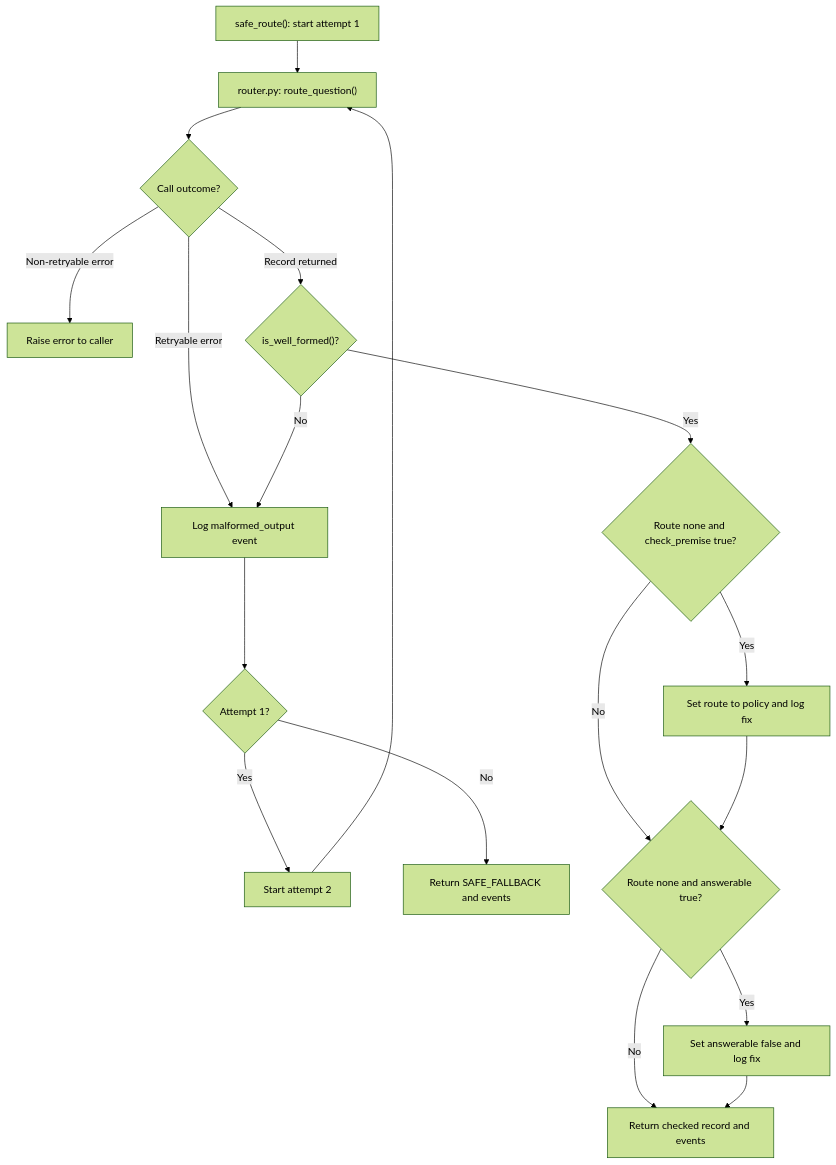
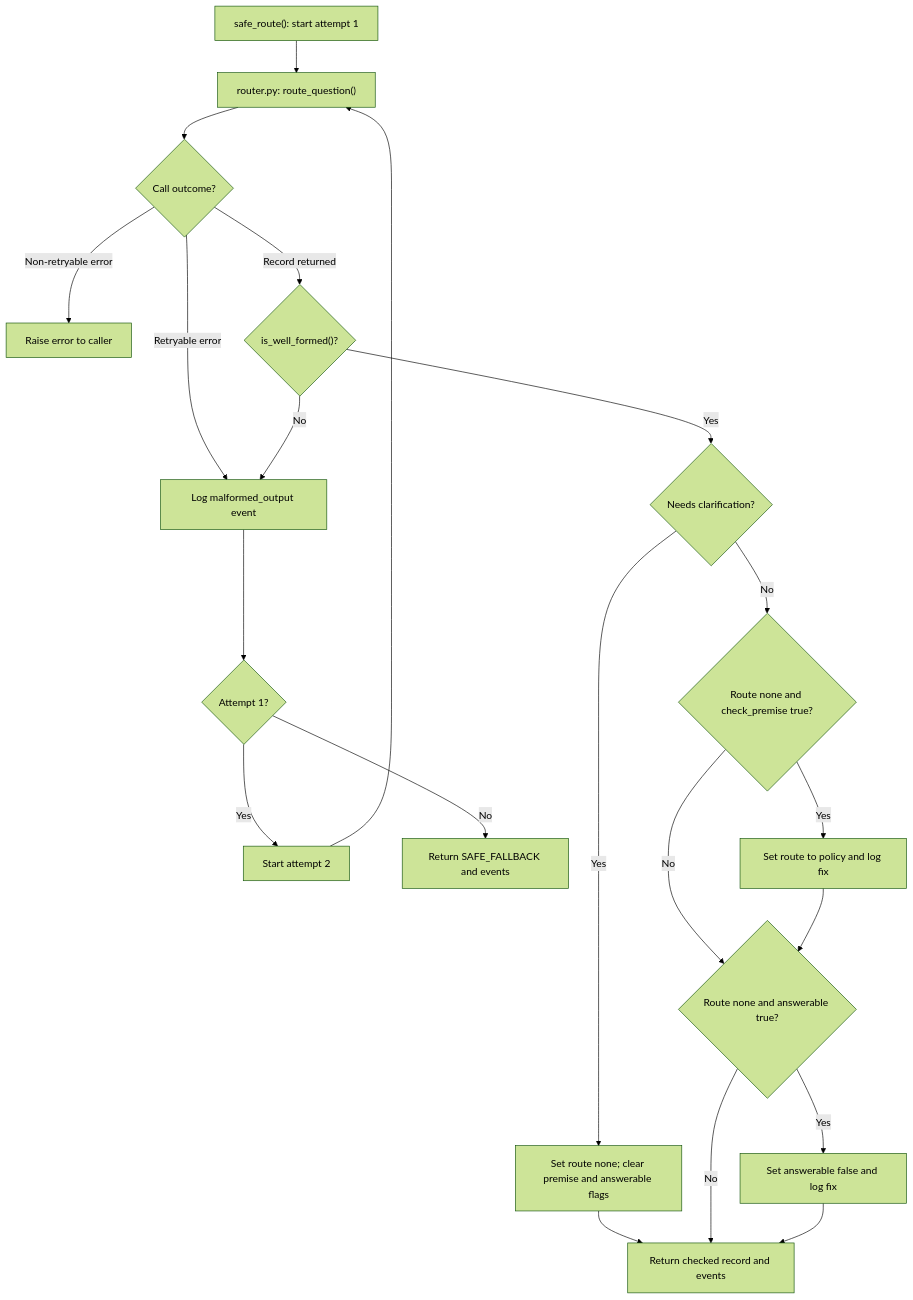
One commit to edwardbyl00/Gen-AI-and-LLM-Project changed the second of 6 diagrams in Docs/supervisor_guide.md. Above: the diagram before and after it, drawn with Mermaid (forest theme). The commit also changed other lines of this file and 61 other files, not shown here.

````diff
--- a/Docs/supervisor_guide.md
+++ b/Docs/supervisor_guide.md
@@ -53,20 +57,23 @@
 ```mermaid
 flowchart TD
     START["safe_route(): start attempt 1"] --> CALL["router.py: route_question()"]
     CALL --> RESULT{Call outcome?}
     RESULT -->|Non-retryable error| ERR[Raise error to caller]
     RESULT -->|Retryable error| LOG[Log malformed_output event]
     RESULT -->|Record returned| VALID{"is_well_formed()?"}
     VALID -->|No| LOG
     LOG --> RETRY{Attempt 1?}
     RETRY -->|Yes| AGAIN[Start attempt 2]
     AGAIN --> CALL
     RETRY -->|No| FALLBACK[Return SAFE_FALLBACK and events]
-    VALID -->|Yes| MYTH{Route none and check_premise true?}
+    VALID -->|Yes| CLARIFY{Needs clarification?}
+    CLARIFY -->|Yes| PAUSE[Set route none; clear premise and answerable flags]
+    PAUSE --> DONE
+    CLARIFY -->|No| MYTH{Route none and check_premise true?}
     MYTH -->|Yes| POLICY[Set route to policy and log fix]
     MYTH -->|No| ANSWERABLE{Route none and answerable true?}
     POLICY --> ANSWERABLE
     ANSWERABLE -->|Yes| FIX[Set answerable false and log fix]
     ANSWERABLE -->|No| DONE[Return checked record and events]
     FIX --> DONE
 ```
````
